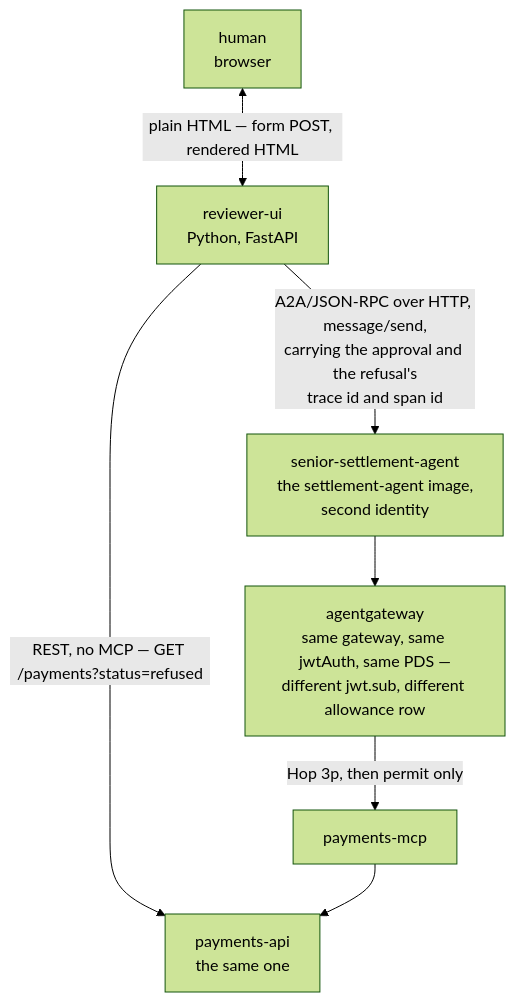
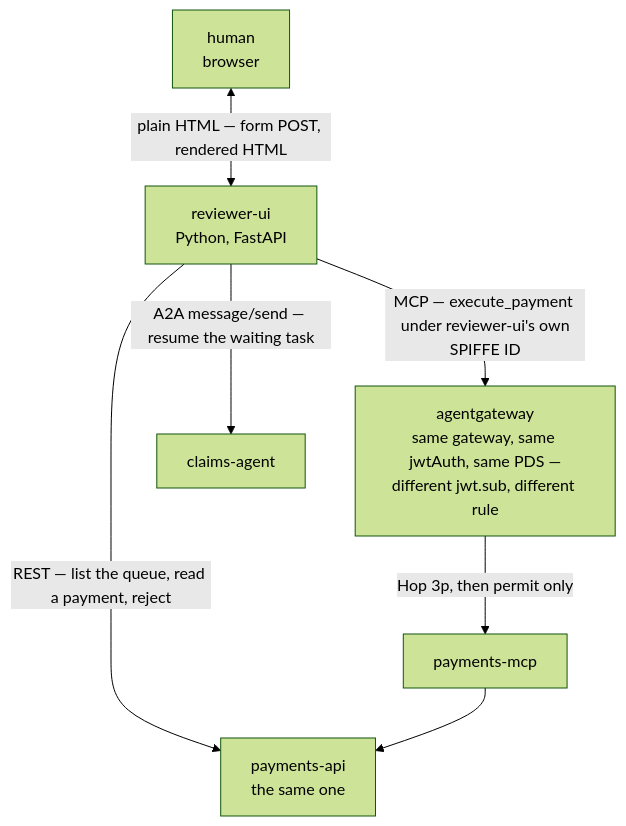
Before and after one commit to kaspernissen/aip-demo: the third of 5 diagrams in docs/architecture.md, drawn with Mermaid (forest theme). The commit also changed other lines of this file, not shown here.

Commit message:
docs(architecture): rewrite as the current system: components, hops, policy, reach, identity, keystone, trace shape, limits

```diff
--- a/docs/architecture.md
+++ b/docs/architecture.md
@@ -389,25 +110,22 @@
 <pre class="mermaid">
 flowchart TD
     human["`human
       browser`"]
     rui["`reviewer-ui
       Python, FastAPI`"]
     api["`payments-api
       the same one`"]
-    senior["`senior-settlement-agent
-      the settlement-agent image,
-      second identity`"]
     gw["`agentgateway
       same gateway, same jwtAuth, same PDS —
-      different jwt.sub, different allowance row`"]
+      different jwt.sub, different rule`"]
     mcp["payments-mcp"]
+    ca["claims-agent"]
 
     human <-->|"plain HTML — form POST, rendered HTML"| rui
-    rui -->|"REST, no MCP — GET /payments?status=refused"| api
-    rui -->|"`A2A/JSON-RPC over HTTP, message/send,
-      carrying the approval and the refusal's
-      trace id and span id`"| senior
-    senior --> gw
+    rui -->|"`REST — list the queue, read a payment, reject`"| api
+    rui -->|"`MCP — execute_payment under reviewer-ui's own
+      SPIFFE ID`"| gw
     gw -->|"Hop 3p, then permit only"| mcp
     mcp --> api
+    rui -->|"`A2A message/send — resume the waiting task`"| ca
 </pre>
```
